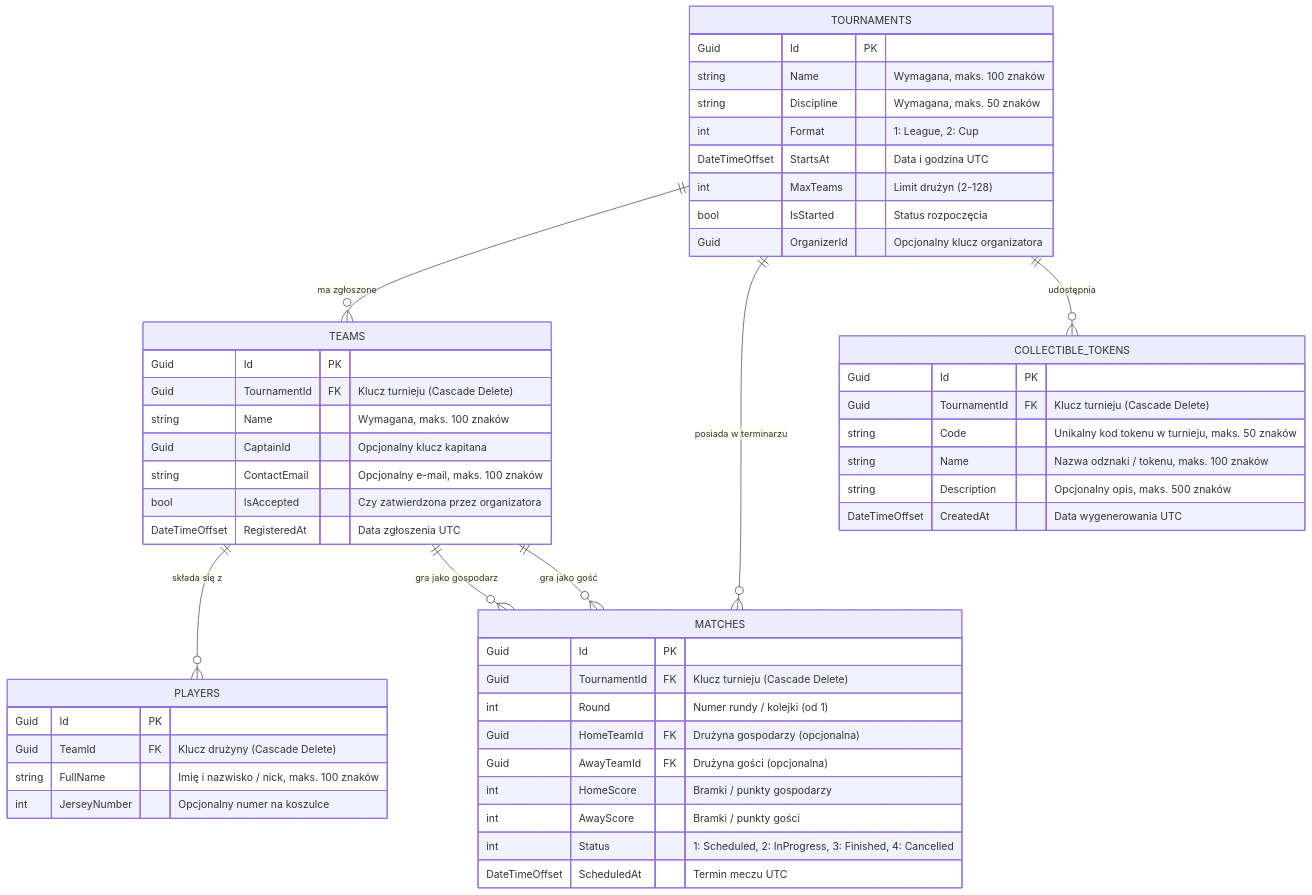
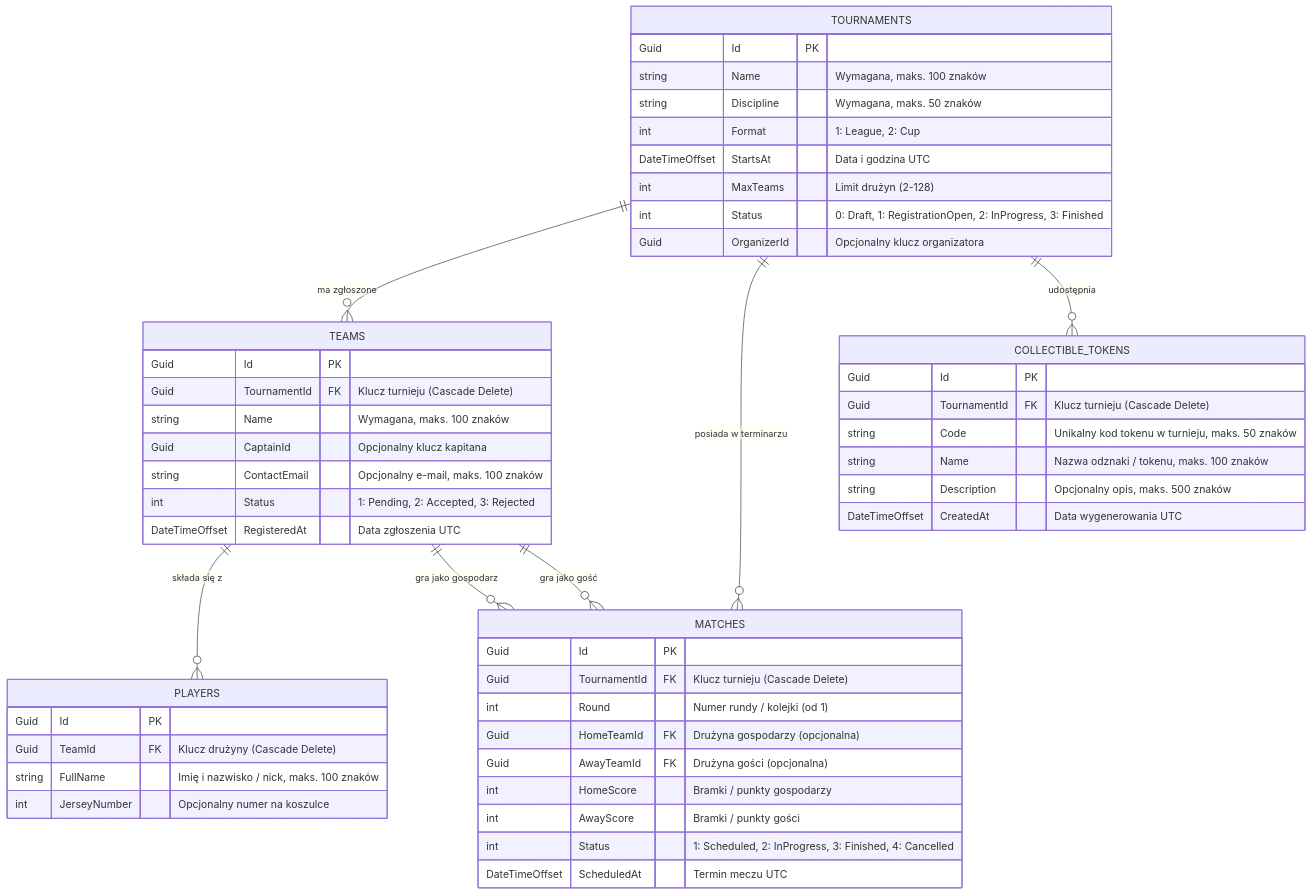
One commit to BartlomiejLatocha/Projekt-TurniejePro changed the diagram in docs/erd.md. Above: the diagram before and after it, drawn with Mermaid. The commit also changed 7 other files, not shown here.

Commit message:
KAN-289: Usunięcie Team.IsAccepted + migracja i aktualizacja ERD (#56)

````diff
--- a/docs/erd.md
+++ b/docs/erd.md
@@ -13,58 +13,58 @@
 ```mermaid
 erDiagram
     TOURNAMENTS ||--o{ TEAMS : "ma zgłoszone"
     TOURNAMENTS ||--o{ MATCHES : "posiada w terminarzu"
     TOURNAMENTS ||--o{ COLLECTIBLE_TOKENS : "udostępnia"
     TEAMS ||--o{ PLAYERS : "składa się z"
     TEAMS ||--o{ MATCHES : "gra jako gospodarz"
     TEAMS ||--o{ MATCHES : "gra jako gość"
 
     TOURNAMENTS {
         Guid Id PK
         string Name "Wymagana, maks. 100 znaków"
         string Discipline "Wymagana, maks. 50 znaków"
         int Format "1: League, 2: Cup"
         DateTimeOffset StartsAt "Data i godzina UTC"
         int MaxTeams "Limit drużyn (2-128)"
-        bool IsStarted "Status rozpoczęcia"
+        int Status "0: Draft, 1: RegistrationOpen, 2: InProgress, 3: Finished"
         Guid OrganizerId "Opcjonalny klucz organizatora"
     }
 
     TEAMS {
         Guid Id PK
         Guid TournamentId FK "Klucz turnieju (Cascade Delete)"
         string Name "Wymagana, maks. 100 znaków"
         Guid CaptainId "Opcjonalny klucz kapitana"
         string ContactEmail "Opcjonalny e-mail, maks. 100 znaków"
-        bool IsAccepted "Czy zatwierdzona przez organizatora"
+        int Status "1: Pending, 2: Accepted, 3: Rejected"
         DateTimeOffset RegisteredAt "Data zgłoszenia UTC"
     }
 
     PLAYERS {
         Guid Id PK
         Guid TeamId FK "Klucz drużyny (Cascade Delete)"
         string FullName "Imię i nazwisko / nick, maks. 100 znaków"
         int JerseyNumber "Opcjonalny numer na koszulce"
     }
 
     MATCHES {
         Guid Id PK
         Guid TournamentId FK "Klucz turnieju (Cascade Delete)"
         int Round "Numer rundy / kolejki (od 1)"
         Guid HomeTeamId FK "Drużyna gospodarzy (opcjonalna)"
         Guid AwayTeamId FK "Drużyna gości (opcjonalna)"
         int HomeScore "Bramki / punkty gospodarzy"
         int AwayScore "Bramki / punkty gości"
         int Status "1: Scheduled, 2: InProgress, 3: Finished, 4: Cancelled"
         DateTimeOffset ScheduledAt "Termin meczu UTC"
     }
 
     COLLECTIBLE_TOKENS {
         Guid Id PK
         Guid TournamentId FK "Klucz turnieju (Cascade Delete)"
         string Code "Unikalny kod tokenu w turnieju, maks. 50 znaków"
         string Name "Nazwa odznaki / tokenu, maks. 100 znaków"
         string Description "Opcjonalny opis, maks. 500 znaków"
         DateTimeOffset CreatedAt "Data wygenerowania UTC"
     }
 ```
````
